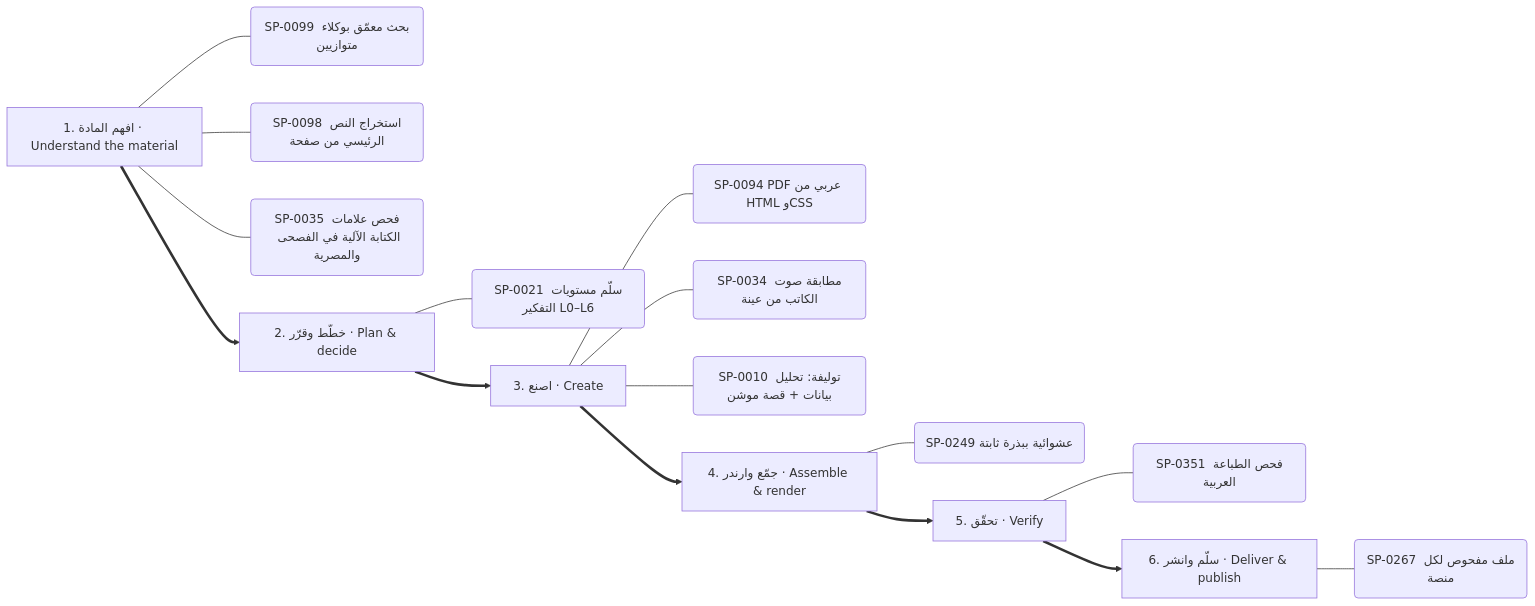
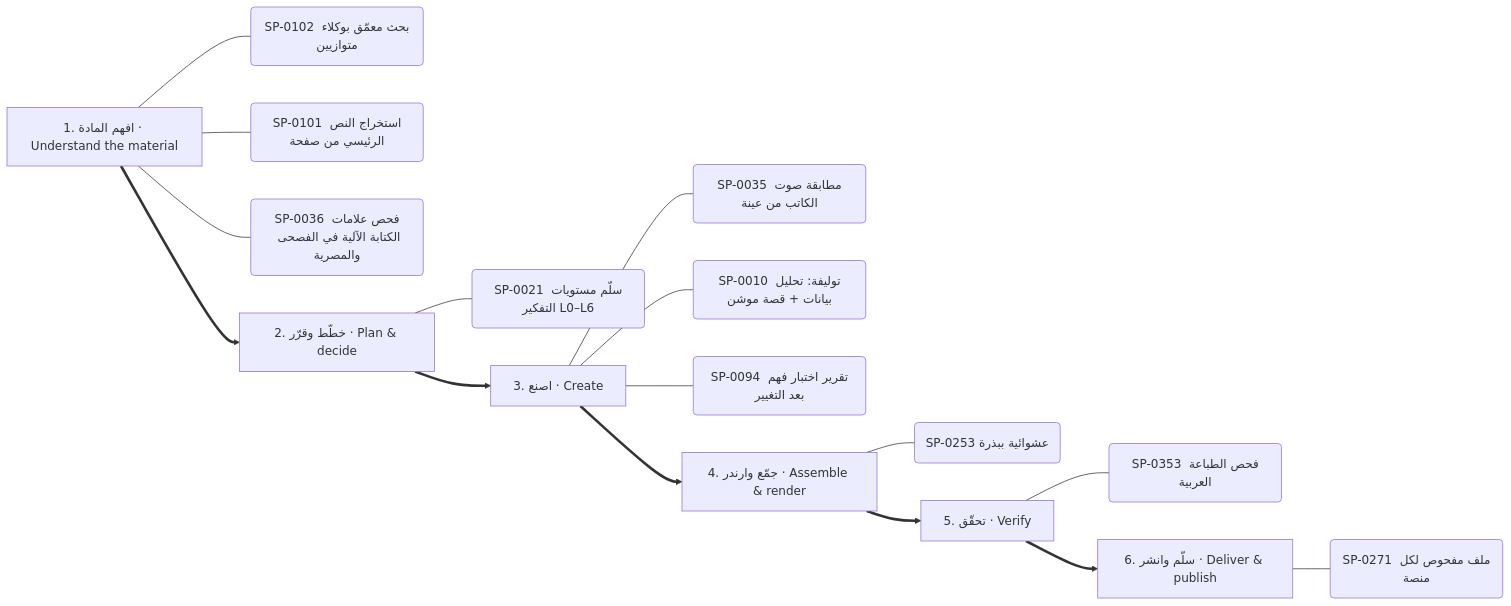
Before and after one commit to kosif199022-jpg/kosif-tool: diagram 13 of 13 in .claude/skills/kosif-superpowers/references/capability-mindmap.md, drawn with Mermaid. The commit also changed other lines of this file and 61 other files, not shown here.

````diff
--- a/.claude/skills/kosif-superpowers/references/capability-mindmap.md
+++ b/.claude/skills/kosif-superpowers/references/capability-mindmap.md
@@ -638,24 +638,24 @@
 ```mermaid
 flowchart LR
   S0["1. افهم المادة · Understand the material"]
-  S0 --- S0_0("SP-0099 بحث معمّق بوكلاء متوازيين")
-  S0 --- S0_1("SP-0098 استخراج النص الرئيسي من صفحة")
-  S0 --- S0_2("SP-0035 فحص علامات الكتابة الآلية في الفصحى والمصرية")
+  S0 --- S0_0("SP-0102 بحث معمّق بوكلاء متوازيين")
+  S0 --- S0_1("SP-0101 استخراج النص الرئيسي من صفحة")
+  S0 --- S0_2("SP-0036 فحص علامات الكتابة الآلية في الفصحى والمصرية")
   S1["2. خطّط وقرّر · Plan & decide"]
   S1 --- S1_0("SP-0021 سلّم مستويات التفكير L0–L6")
   S0 ==> S1
   S2["3. اصنع · Create"]
-  S2 --- S2_0("SP-0094 PDF عربي من HTML وCSS")
-  S2 --- S2_1("SP-0034 مطابقة صوت الكاتب من عينة")
-  S2 --- S2_2("SP-0010 توليفة: تحليل بيانات + قصة موشن")
+  S2 --- S2_0("SP-0035 مطابقة صوت الكاتب من عينة")
+  S2 --- S2_1("SP-0010 توليفة: تحليل بيانات + قصة موشن")
+  S2 --- S2_2("SP-0094 تقرير اختبار فهم بعد التغيير")
   S1 ==> S2
   S3["4. جمّع وارندر · Assemble & render"]
-  S3 --- S3_0("SP-0249 عشوائية ببذرة ثابتة")
+  S3 --- S3_0("SP-0253 عشوائية ببذرة")
   S2 ==> S3
   S4["5. تحقّق · Verify"]
-  S4 --- S4_0("SP-0351 فحص الطباعة العربية")
+  S4 --- S4_0("SP-0353 فحص الطباعة العربية")
   S3 ==> S4
   S5["6. سلّم وانشر · Deliver & publish"]
-  S5 --- S5_0("SP-0267 ملف مفحوص لكل منصة")
+  S5 --- S5_0("SP-0271 ملف مفحوص لكل منصة")
   S4 ==> S5
 ```
````
